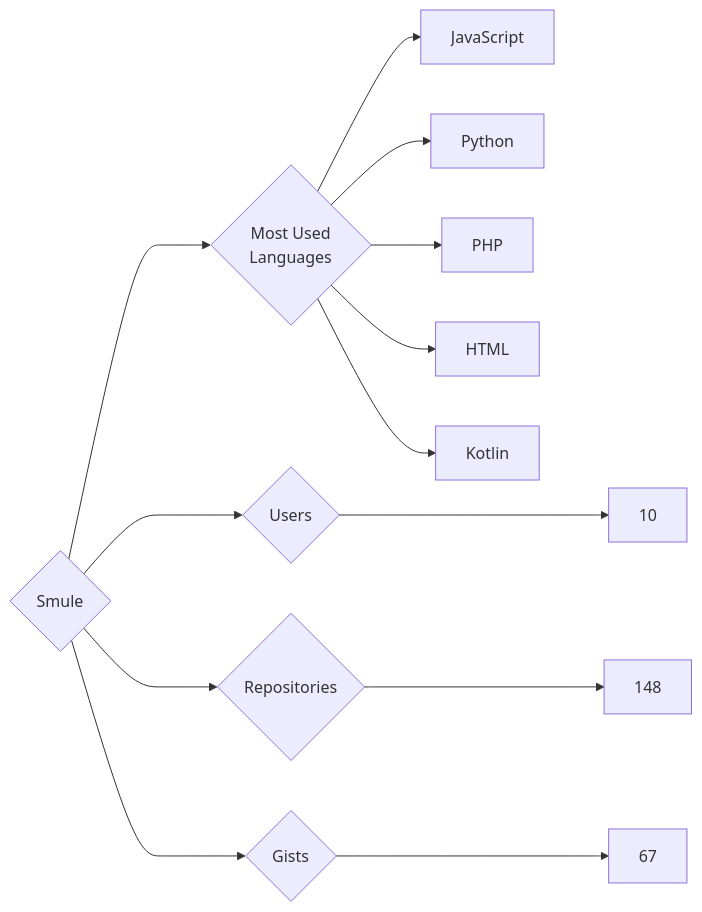
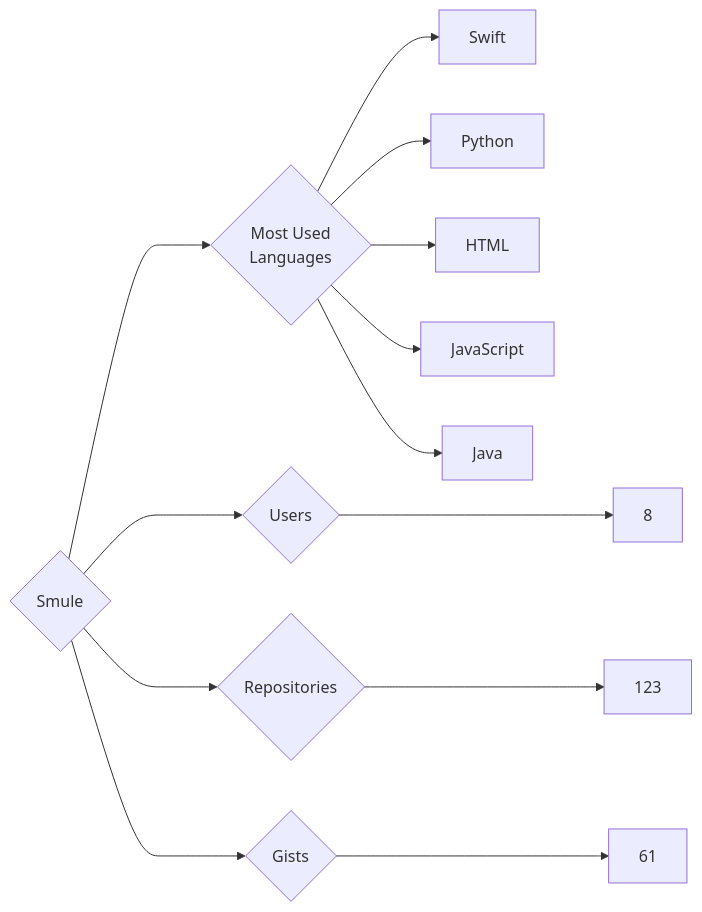
The diagram in targets/Smule/README.md (trickest/insiders), drawn with Mermaid before and after one commit. The commit also changed 814 other files, not shown here.

````diff
--- a/targets/Smule/README.md
+++ b/targets/Smule/README.md
@@ -3,13 +3,13 @@
 ```mermaid
 graph LR
 COMPANY_NAME{Smule}
-COMPANY_NAME ---> U{Users} ---> UN[10]
-COMPANY_NAME ---> R{Repositories} ---> RN[148]
-COMPANY_NAME ---> G{Gists} ---> GN[67]
+COMPANY_NAME ---> U{Users} ---> UN[8]
+COMPANY_NAME ---> R{Repositories} ---> RN[123]
+COMPANY_NAME ---> G{Gists} ---> GN[61]
 COMPANY_NAME ---> ML{Most Used<br>Languages}
+ML --> Swift[Swift]
+ML --> Python[Python]
+ML --> HTML[HTML]
 ML --> JavaScript[JavaScript]
-ML --> Python[Python]
-ML --> PHP[PHP]
-ML --> HTML[HTML]
-ML --> Kotlin[Kotlin]
+ML --> Java[Java]
 ```
````
